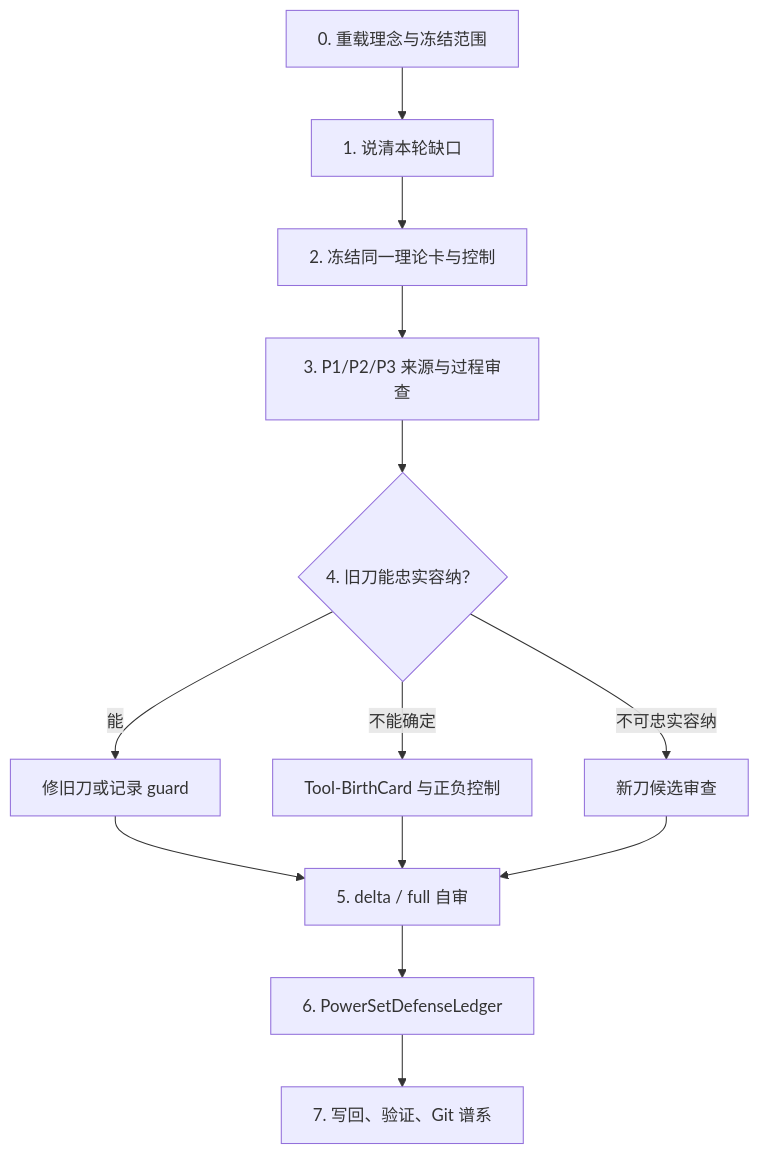
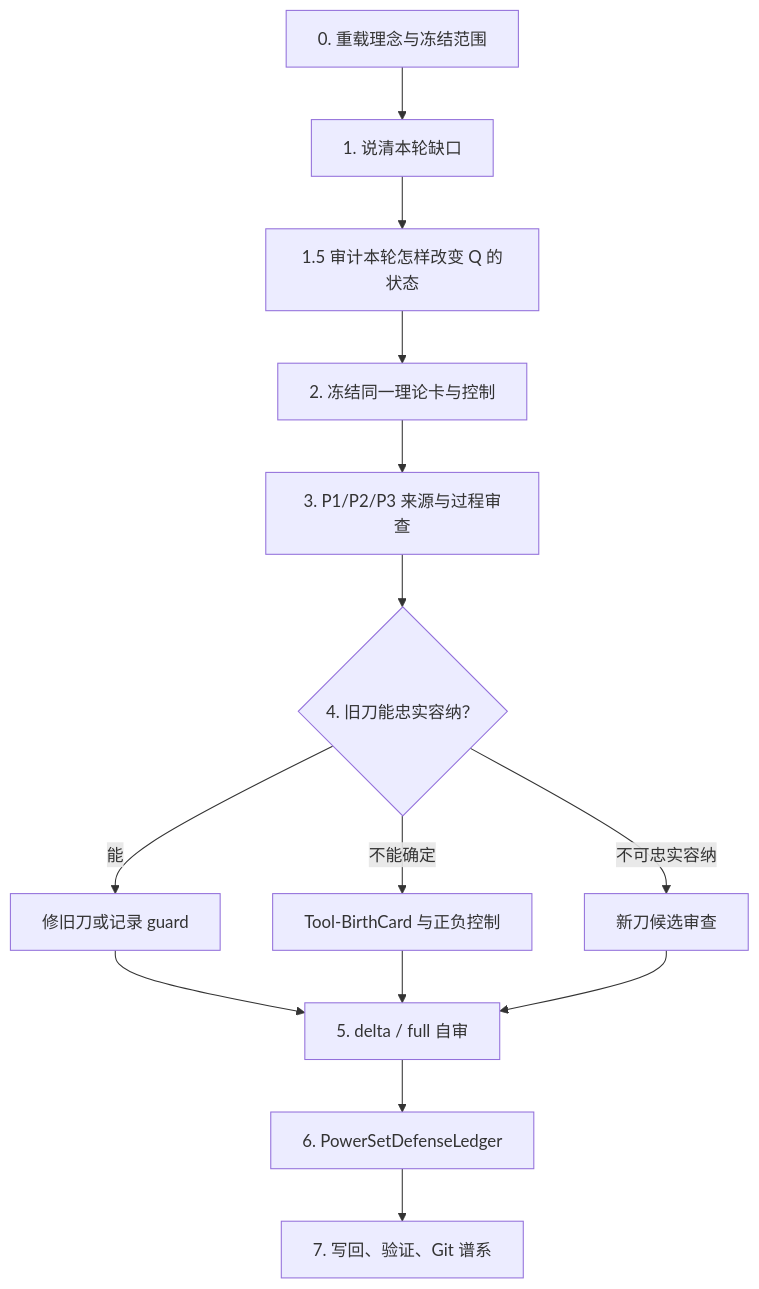
One commit to math-fournity/HoTT-Paradoxy changed the diagram in dev-docs/模式P刀具持续锻造SOP/001 - 操作合同、检查维度与幂集防御账本.md. Above: the diagram before and after it, drawn with Mermaid. The commit also changed other lines of this file and 16 other files, not shown here.

````diff
--- a/dev-docs/模式P刀具持续锻造SOP/001 - 操作合同、检查维度与幂集防御账本.md
+++ b/dev-docs/模式P刀具持续锻造SOP/001 - 操作合同、检查维度与幂集防御账本.md
@@ -32,15 +33,16 @@
 ```mermaid
 flowchart TD
   A[0. 重载理念与冻结范围] --> B[1. 说清本轮缺口]
-  B --> C[2. 冻结同一理论卡与控制]
+  B --> BQ[1.5 审计本轮怎样改变 Q 的状态]
+  BQ --> C[2. 冻结同一理论卡与控制]
   C --> D[3. P1/P2/P3 来源与过程审查]
   D --> E{4. 旧刀能忠实容纳？}
   E -->|能| F[修旧刀或记录 guard]
   E -->|不能确定| G[Tool-BirthCard 与正负控制]
   E -->|不可忠实容纳| H[新刀候选审查]
   F --> I[5. delta / full 自审]
   G --> I
   H --> I
   I --> J[6. PowerSetDefenseLedger]
   J --> K[7. 写回、验证、Git 谱系]
 ```
````
